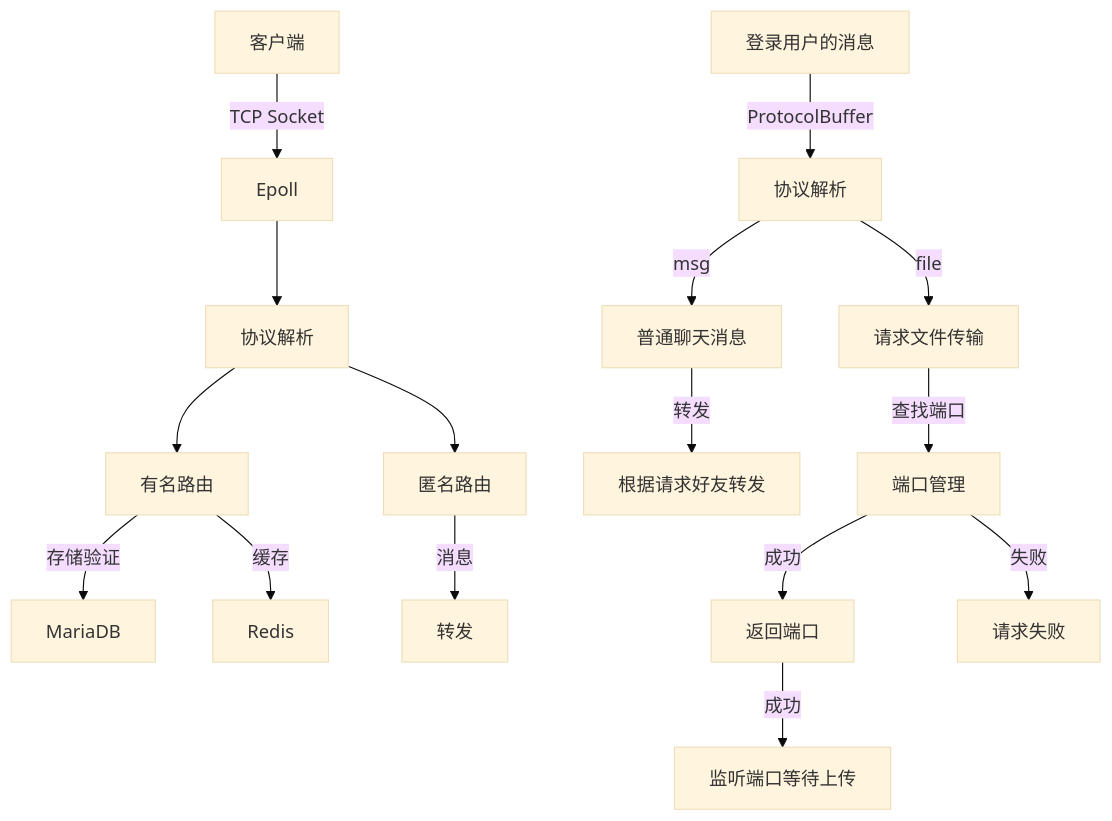
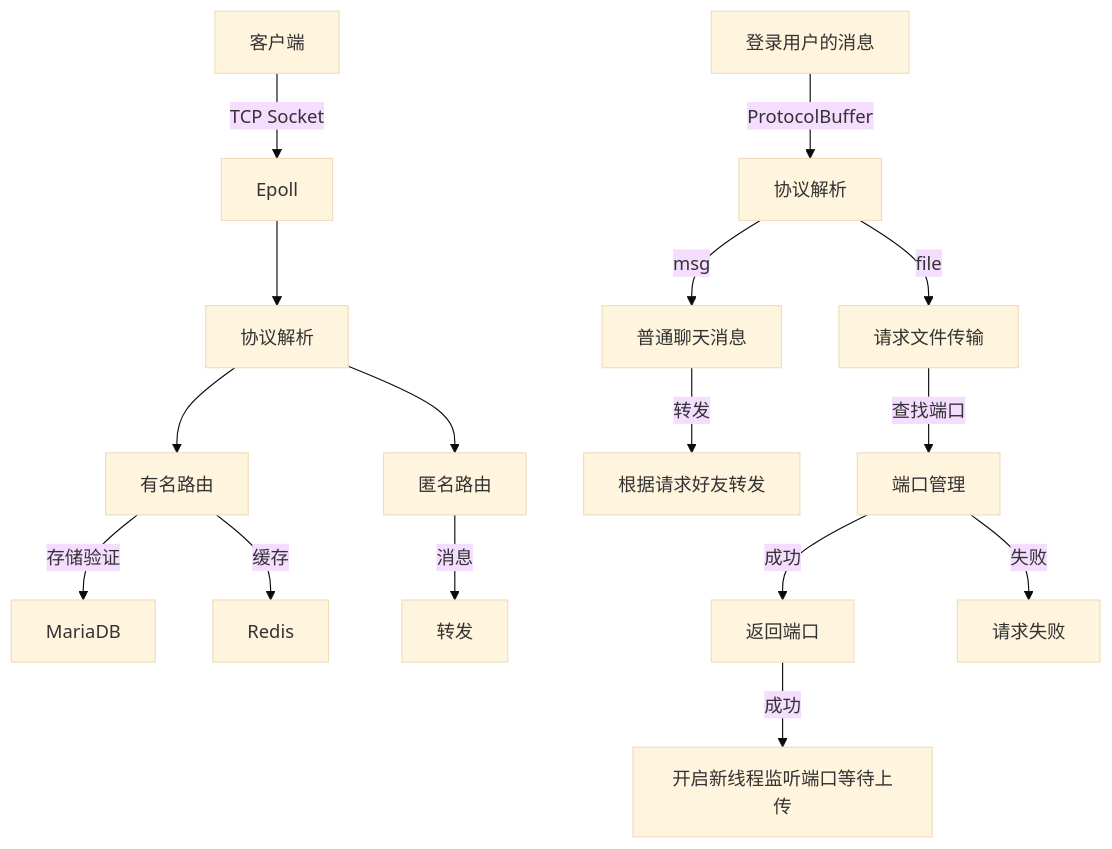
The second of 2 diagrams in README.md (witnesswish/Violet), drawn with Mermaid (base theme) before and after one commit. The commit also changed 1 other file, not shown here.

Commit message:
udpate readme and fix mem leak

````diff
--- a/README.md
+++ b/README.md
@@ -48,18 +48,18 @@
 ```mermaid
 graph TD
     客户端-->|TCP Socket|Epoll
     Epoll-->Protocol[协议解析]
     Protocol-->unloginRouter[匿名路由]
     Protocol-->loginRouter[有名路由]
     loginRouter-->|存储验证|MariaDB
     loginRouter-->|缓存|Redis
     unloginRouter-->|消息|转发
     登录用户的消息-->|ProtocolBuffer|协议解析
     协议解析-->|msg|普通聊天消息
     普通聊天消息-->|转发|根据请求好友转发
     协议解析-->|file|请求文件传输
     请求文件传输-->|查找端口|端口管理
     端口管理-->|成功|返回端口
     端口管理-->|失败|请求失败
-    返回端口-->|成功|监听端口等待上传
+    返回端口-->|成功|开启新线程监听端口等待上传
 ```
````
